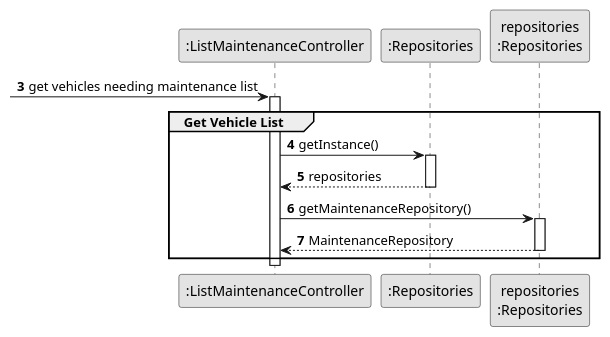
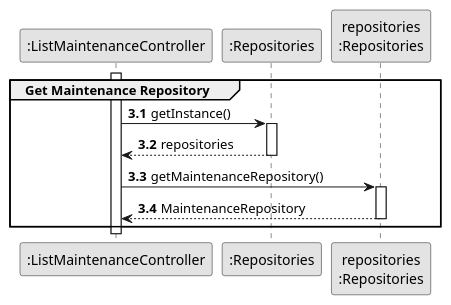
Before and after one commit to ricardomm7/leaflink: the diagram in docs/sprintB/us008/03.design/puml/us008-sequence-diagram-partial-get-maintenance-repository.puml, drawn with PlantUML. The commit also changed 5 other files, not shown here.

Commit message:
Updated documentation and sequence diagrams for US006 and US008; refined interaction details and corrected method names in sequence diagrams.

```diff
--- a/docs/sprintB/us008/03.design/puml/us008-sequence-diagram-partial-get-maintenance-repository.puml
+++ b/docs/sprintB/us008/03.design/puml/us008-sequence-diagram-partial-get-maintenance-repository.puml
@@ -1,38 +1,37 @@
 @startuml
 skinparam monochrome true
 skinparam packageStyle rectangle
 skinparam shadowing false
 
 autonumber
 
 'hide footbox
 
 participant ":ListMaintenanceController" as CTRL
 participant ":Repositories" as RepositorySingleton
 participant "repositories\n:Repositories" as PLAT
 
-autonumber 3
 
- -> CTRL : get vehicles needing maintenance list
 activate CTRL
-    group Get Vehicle List
+autonumber 3.1
+    group Get Maintenance Repository
 
         CTRL -> RepositorySingleton : getInstance()
         activate RepositorySingleton
 
         RepositorySingleton --> CTRL: repositories
         deactivate RepositorySingleton
 
         CTRL -> PLAT : getMaintenanceRepository()
         activate PLAT
 
         PLAT --> CTRL: MaintenanceRepository
         deactivate PLAT
 
     end
 
-    autonumber 4
+
 deactivate CTRL
 
 
 @enduml
```
